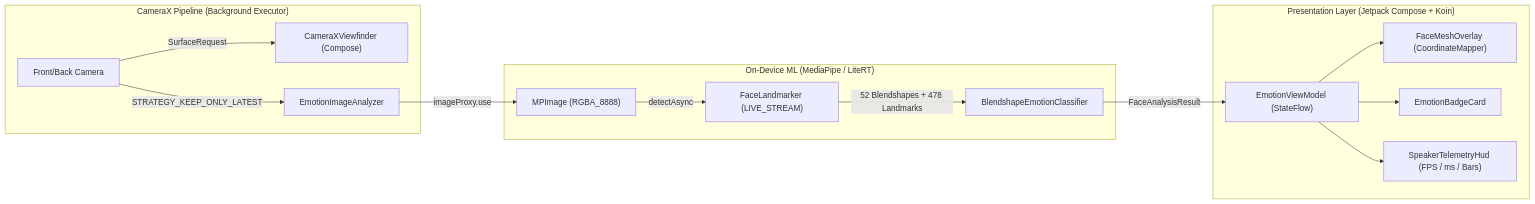
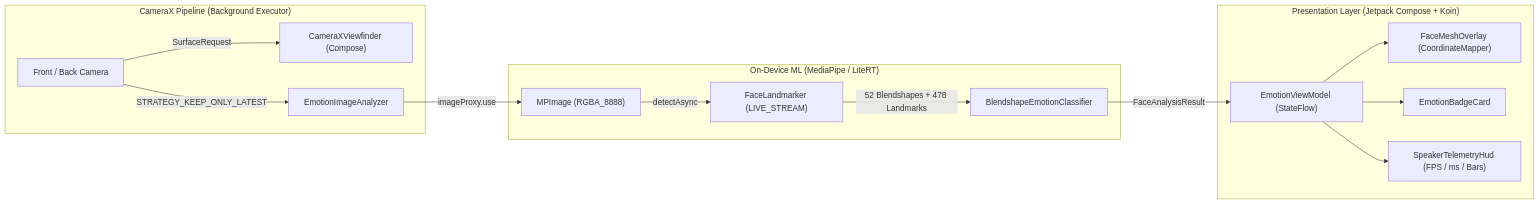
The diagram in README.md (Jacquigee/Selfie), drawn with Mermaid before and after one commit. The commit also changed other lines of this file and 1 other file, not shown here.

````diff
--- a/README.md
+++ b/README.md
@@ -23,20 +11,20 @@
 ```mermaid
 flowchart LR
     subgraph CameraX["CameraX Pipeline (Background Executor)"]
-        Cam["Front/Back Camera"] -->|SurfaceRequest| Viewfinder["CameraXViewfinder (Compose)"]
+        Cam["Front / Back Camera"] -->|SurfaceRequest| Viewfinder["CameraXViewfinder (Compose)"]
         Cam -->|STRATEGY_KEEP_ONLY_LATEST| Analyzer["EmotionImageAnalyzer"]
     end
 
     subgraph ML["On-Device ML (MediaPipe / LiteRT)"]
         Analyzer -->|imageProxy.use| MPImage["MPImage (RGBA_8888)"]
         MPImage -->|detectAsync| Landmarker["FaceLandmarker (LIVE_STREAM)"]
         Landmarker -->|52 Blendshapes + 478 Landmarks| Classifier["BlendshapeEmotionClassifier"]
     end
 
     subgraph UI["Presentation Layer (Jetpack Compose + Koin)"]
         Classifier -->|FaceAnalysisResult| VM["EmotionViewModel (StateFlow)"]
         VM --> Overlay["FaceMeshOverlay (CoordinateMapper)"]
         VM --> Badge["EmotionBadgeCard"]
         VM --> HUD["SpeakerTelemetryHud (FPS / ms / Bars)"]
     end
 ```
````
